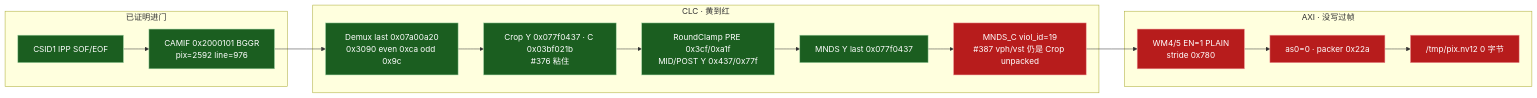
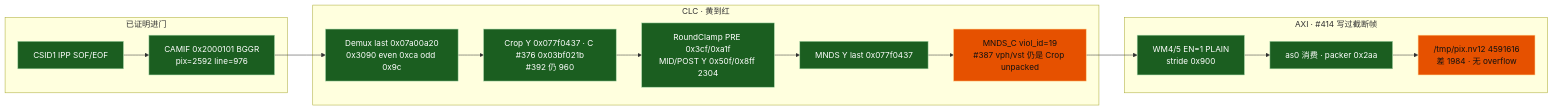
Before and after one commit to Huabin1010/dagu-mainline-linux: the third of 5 diagrams in linux-mainline/docs/dagu-ife-front-pipeline-status.md, drawn with Mermaid. The commit also changed other lines of this file and 11 other files, not shown here.

````diff
--- a/linux-mainline/docs/dagu-ife-front-pipeline-status.md
+++ b/linux-mainline/docs/dagu-ife-front-pipeline-status.md
@@ -93,33 +120,34 @@
 ```mermaid
 flowchart LR
   subgraph IN["已证明进门"]
     A["CSID1 IPP SOF/EOF"]
     B["CAMIF 0x2000101 BGGR<br/>pix=2592 line=976"]
     A --> B
   end
 
   subgraph MID["CLC · 黄到红"]
     D["Demux last 0x07a00a20<br/>0x3090 even 0xca odd 0x9c"]
-    E["Crop Y 0x077f0437 · C 0x03bf021b<br/>#376 粘住"]
+    E["Crop Y 0x077f0437 · C #376 0x03bf021b<br/>#392 仍 960"]
     M["MNDS Y last 0x077f0437"]
     C["MNDS_C viol_id=19<br/>#387 vph/vst 仍是 Crop unpacked"]
-    R["RoundClamp PRE 0x3cf/0xa1f<br/>MID/POST Y 0x437/0x77f"]
+    R["RoundClamp PRE 0x3cf/0xa1f<br/>MID/POST Y 0x50f/0x8ff 2304"]
     D --> E --> R --> M --> C
   end
 
-  subgraph OUT["AXI · 没写过帧"]
-    H["WM4/5 EN=1 PLAIN<br/>stride 0x780"]
-    I["as0=0 · packer 0x22a"]
-    J["/tmp/pix.nv12 0 字节"]
+  subgraph OUT["AXI · #414 写过截断帧"]
+    H["WM4/5 EN=1 PLAIN<br/>stride 0x900"]
+    I["as0 消费 · packer 0x2aa"]
+    J["/tmp/pix.nv12 4591616<br/>差 1984 · 无 overflow"]
     H --> I --> J
   end
 
   B --> D
   C --> H
 
-  class A,B,D,E,R,M ok
-  class C,H,I,J stuck
+  class A,B,D,E,R,M,H,I ok
+  class C,J gap
 
   classDef ok fill:#1b5e20,stroke:#a5d6a7,color:#fff
   classDef stuck fill:#b71c1c,stroke:#ef9a9a,color:#fff
+  classDef gap fill:#e65100,stroke:#ffcc80,color:#111
 ```
````
